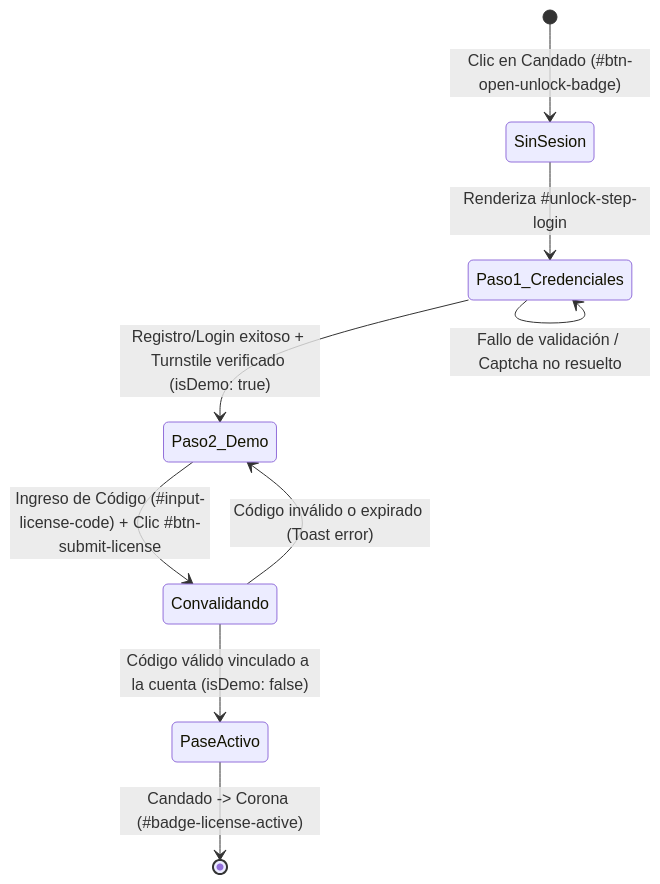
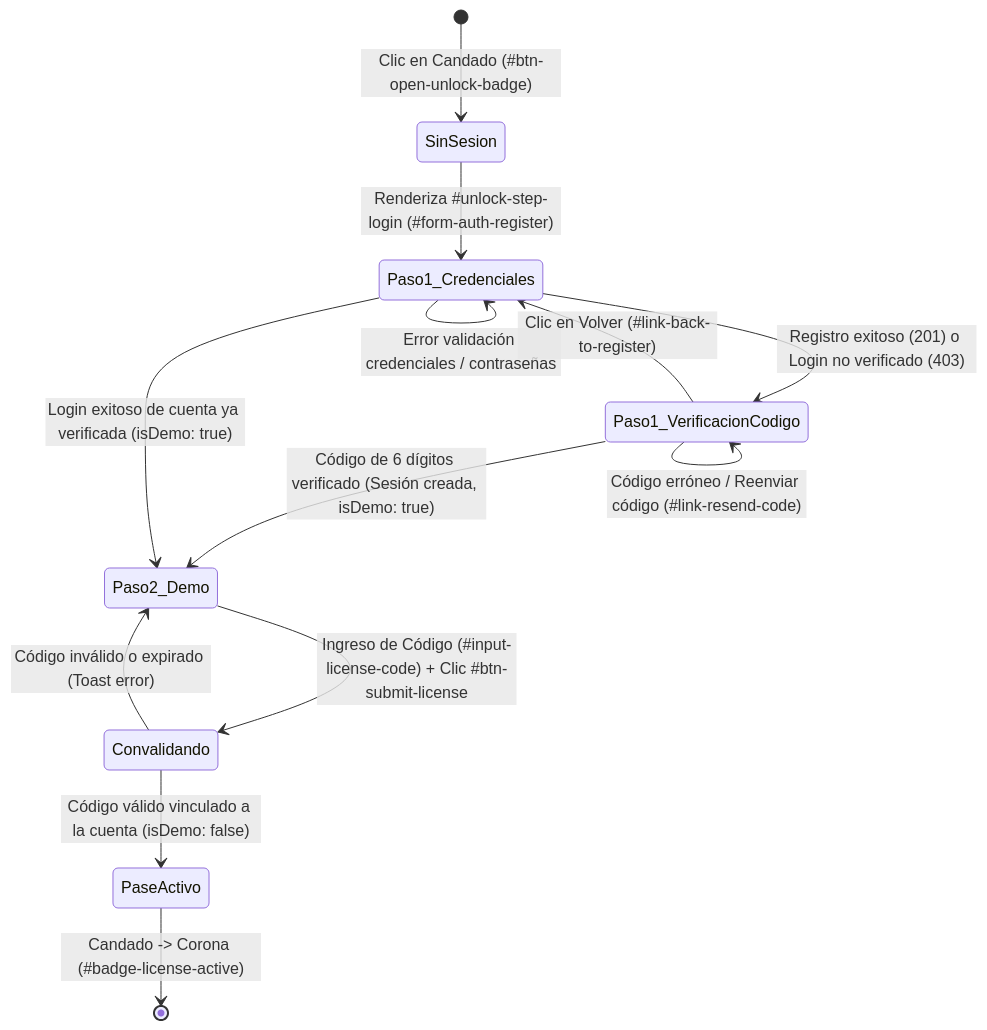
Before and after one commit to Dvmyvn-hash/estudio-de-grado-app: the second of 2 diagrams in CONTEXT.md, drawn with Mermaid. The commit also changed other lines of this file and 10 other files, not shown here.

First line of the commit message:
feat: eliminacion de Turnstile y verificacion nativa con codigo de 6 digitos via SMTP v6.0

````diff
--- a/CONTEXT.md
+++ b/CONTEXT.md
@@ -464,11 +471,15 @@
 ```mermaid
 stateDiagram-v2
     [*] --> SinSesion: Clic en Candado (#btn-open-unlock-badge)
-    SinSesion --> Paso1_Credenciales: Renderiza #unlock-step-login
-    Paso1_Credenciales --> Paso1_Credenciales: Fallo de validación / Captcha no resuelto
-    Paso1_Credenciales --> Paso2_Demo: Registro/Login exitoso + Turnstile verificado (isDemo: true)
+    SinSesion --> Paso1_Credenciales: Renderiza #unlock-step-login (#form-auth-register)
+    Paso1_Credenciales --> Paso1_Credenciales: Error validación credenciales / contraseñas
+    Paso1_Credenciales --> Paso1_VerificacionCodigo: Registro exitoso (201) o Login no verificado (403)
+    Paso1_VerificacionCodigo --> Paso1_Credenciales: Clic en Volver (#link-back-to-register)
+    Paso1_VerificacionCodigo --> Paso1_VerificacionCodigo: Código erróneo / Reenviar código (#link-resend-code)
+    Paso1_VerificacionCodigo --> Paso2_Demo: Código de 6 dígitos verificado (Sesión creada, isDemo: true)
+    Paso1_Credenciales --> Paso2_Demo: Login exitoso de cuenta ya verificada (isDemo: true)
     Paso2_Demo --> Convalidando: Ingreso de Código (#input-license-code) + Clic #btn-submit-license
     Convalidando --> Paso2_Demo: Código inválido o expirado (Toast error)
     Convalidando --> PaseActivo: Código válido vinculado a la cuenta (isDemo: false)
     PaseActivo --> [*]: Candado -> Corona (#badge-license-active)
 ```
````
